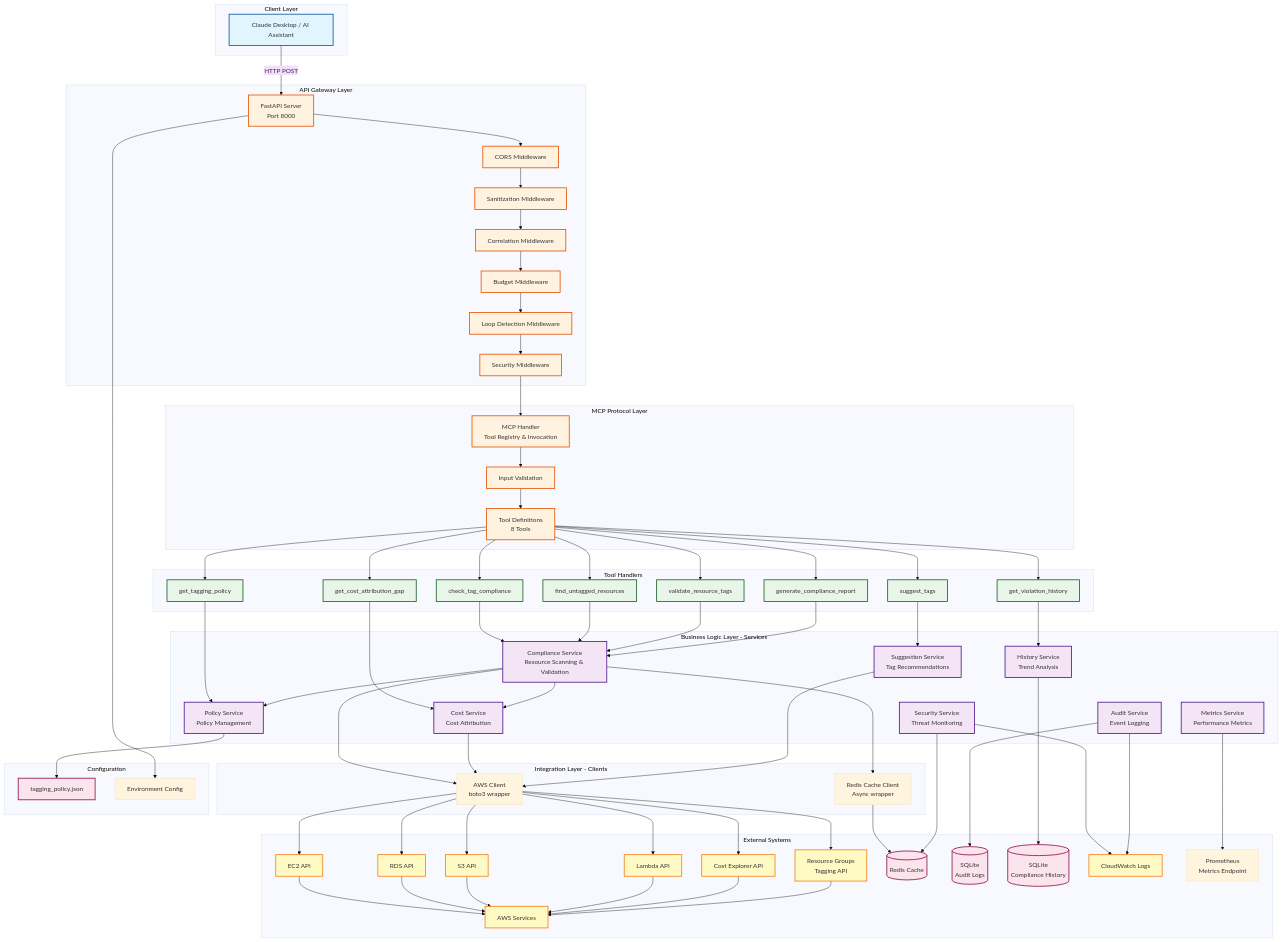
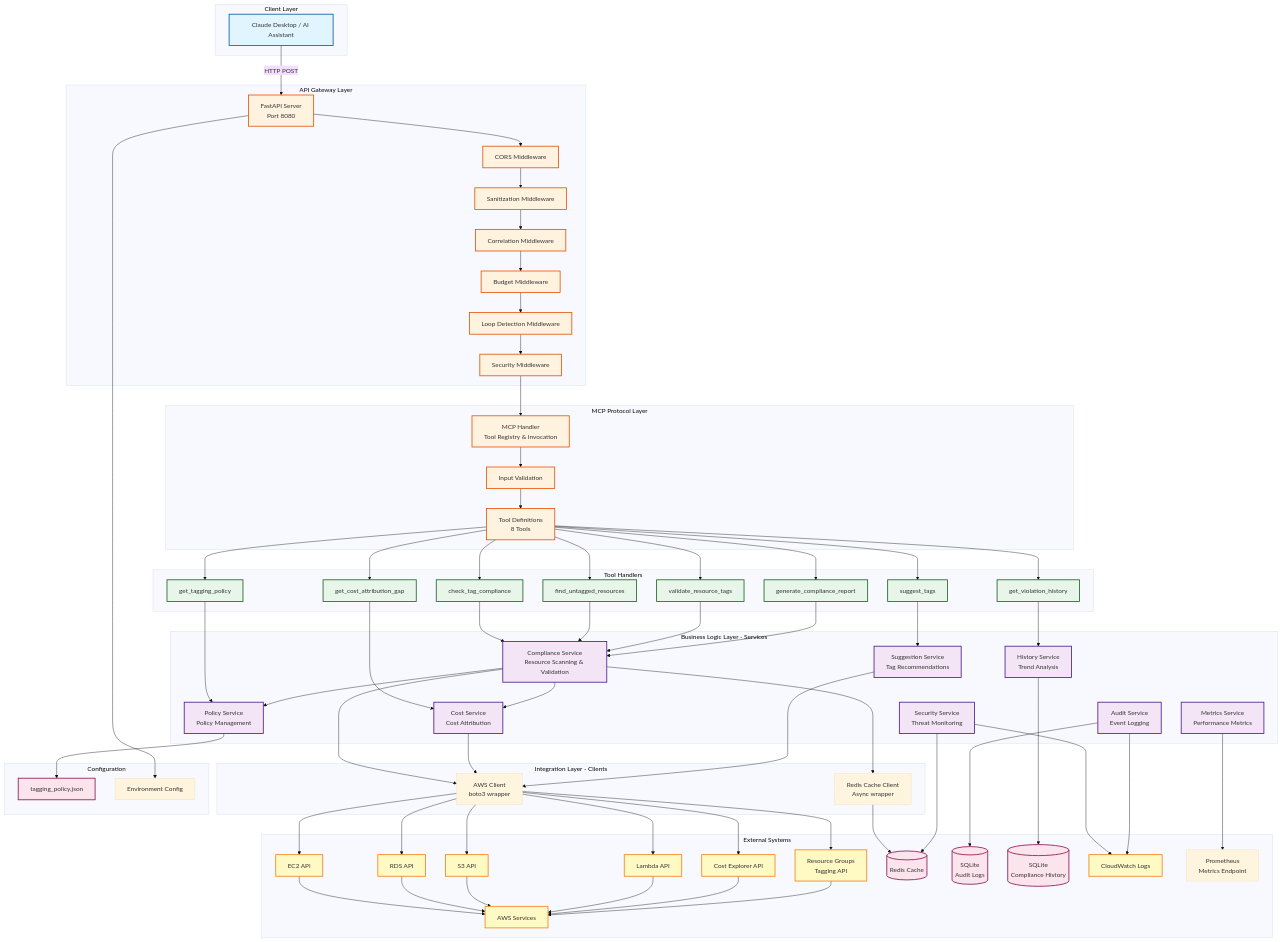
The diagram in docs/diagrams/01-system-architecture.md (OptimNow/finops-tag-compliance-mcp), drawn with Mermaid (base theme) before and after one commit. The commit also changed 5 other files, not shown here.

```diff
--- a/docs/diagrams/01-system-architecture.md
+++ b/docs/diagrams/01-system-architecture.md
@@ -10,7 +10,7 @@
     end
 
     subgraph "API Gateway Layer"
-        FastAPI[FastAPI Server<br/>Port 8000]
+        FastAPI[FastAPI Server<br/>Port 8080]
         CORS[CORS Middleware]
         Sanitize[Sanitization Middleware]
         Correlate[Correlation Middleware]
```
